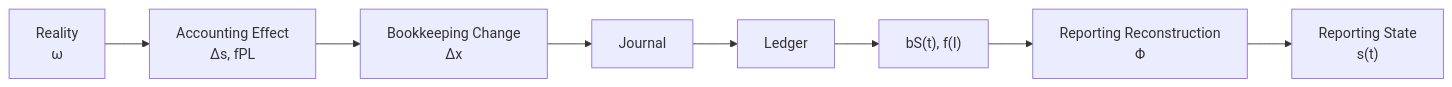
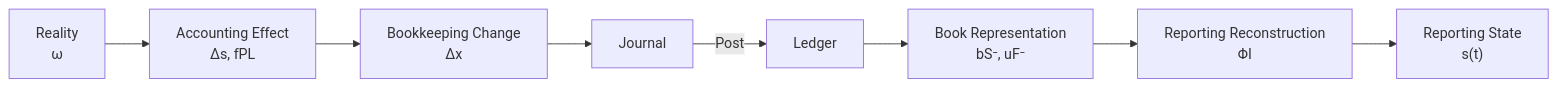
One commit to niikei/accounting-state-model changed the third of 3 diagrams in theory/06-journal-and-ledger.md. Above: the diagram before and after it, drawn with Mermaid. The commit also changed other lines of this file and 8 other files, not shown here.

````diff
--- a/theory/06-journal-and-ledger.md
+++ b/theory/06-journal-and-ledger.md
@@ -890,21 +917,15 @@
 ```mermaid
 flowchart LR
     REALITY["Reality<br/>ω"]
-
     EFFECT["Accounting Effect<br/>Δs, fPL"]
-
     BOOK["Bookkeeping Change<br/>Δx"]
-
     JOURNAL["Journal"]
-
     LEDGER["Ledger"]
-
-    BF["bS(t), f(I)"]
-
-    RECON["Reporting Reconstruction<br/>Φ"]
-
+    BREPR["Book Representation<br/>bS⁻, uF⁻"]
+    RECON["Reporting Reconstruction<br/>ΦI"]
     STATE["Reporting State<br/>s(t)"]
 
-    REALITY --> EFFECT --> BOOK --> JOURNAL --> LEDGER
-    LEDGER --> BF --> RECON --> STATE
+    REALITY --> EFFECT --> BOOK --> JOURNAL
+    JOURNAL -->|"Post"| LEDGER
+    LEDGER --> BREPR --> RECON --> STATE
 ```
````
